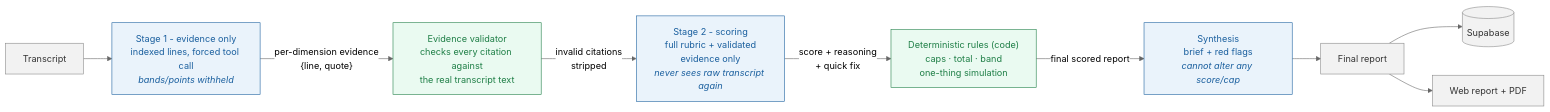
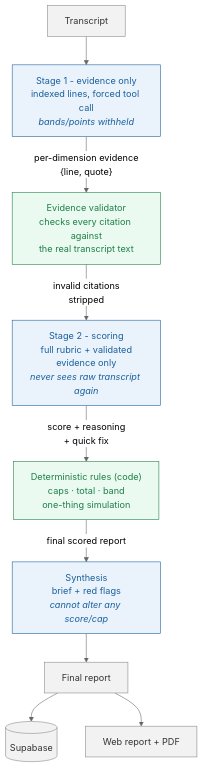
Before and after one commit to stefan-vrecic/call-scorer: the diagram in README.md, drawn with Mermaid (neutral theme).

Commit message:
docs: flip the how-it-works diagram to top-down, less awkward width
flowchart LR packed 7 nodes into one very wide row. TD stacks them
vertically instead, matching how it actually reads in GitHub's fixed-
width fullscreen diagram viewer.

````diff
--- a/README.md
+++ b/README.md
@@ -10,19 +10,19 @@
 ```mermaid
-flowchart LR
+flowchart TD
     T["Transcript"] --> S1
     S1["Stage 1 - evidence only<br/>indexed lines, forced tool call<br/><i>bands/points withheld</i>"] -->|"per-dimension evidence<br/>{line, quote}"| EV
     EV["Evidence validator<br/>checks every citation against<br/>the real transcript text"] -->|"invalid citations<br/>stripped"| S2
     S2["Stage 2 - scoring<br/>full rubric + validated<br/>evidence only<br/><i>never sees raw transcript again</i>"] -->|"score + reasoning<br/>+ quick fix"| DR
     DR["Deterministic rules (code)<br/>caps · total · band<br/>one-thing simulation"] -->|"final scored report"| SY
     SY["Synthesis<br/>brief + red flags<br/><i>cannot alter any score/cap</i>"] --> R
 
     R["Final report"] --> DB[("Supabase")]
     R --> UI["Web report + PDF"]
 
     classDef llm fill:#eaf3fb,stroke:#1a5f9e,color:#1a5f9e;
     classDef code fill:#eafaf1,stroke:#1e7e46,color:#1e7e46;
     classDef data fill:#f2f2f2,stroke:#888,color:#333;
     class S1,S2,SY llm;
     class EV,DR code;
     class T,R,DB,UI data;
 ```
````
